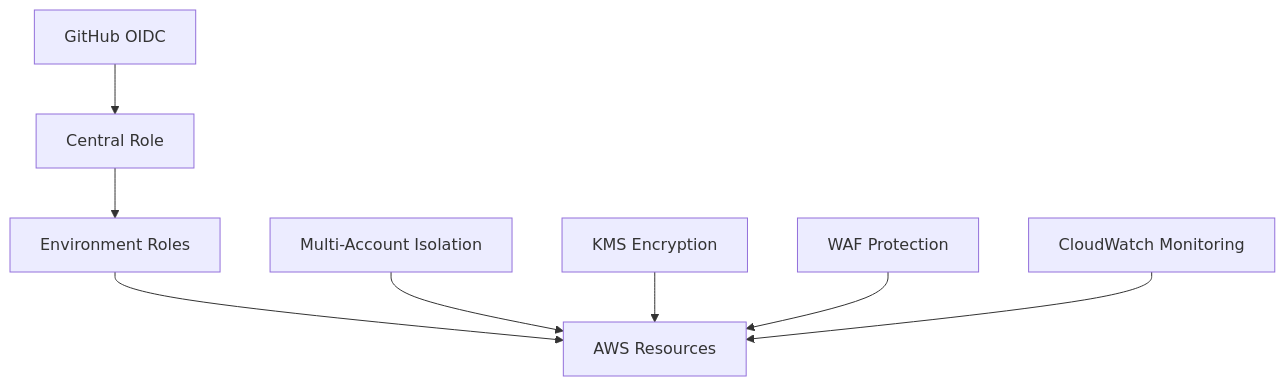
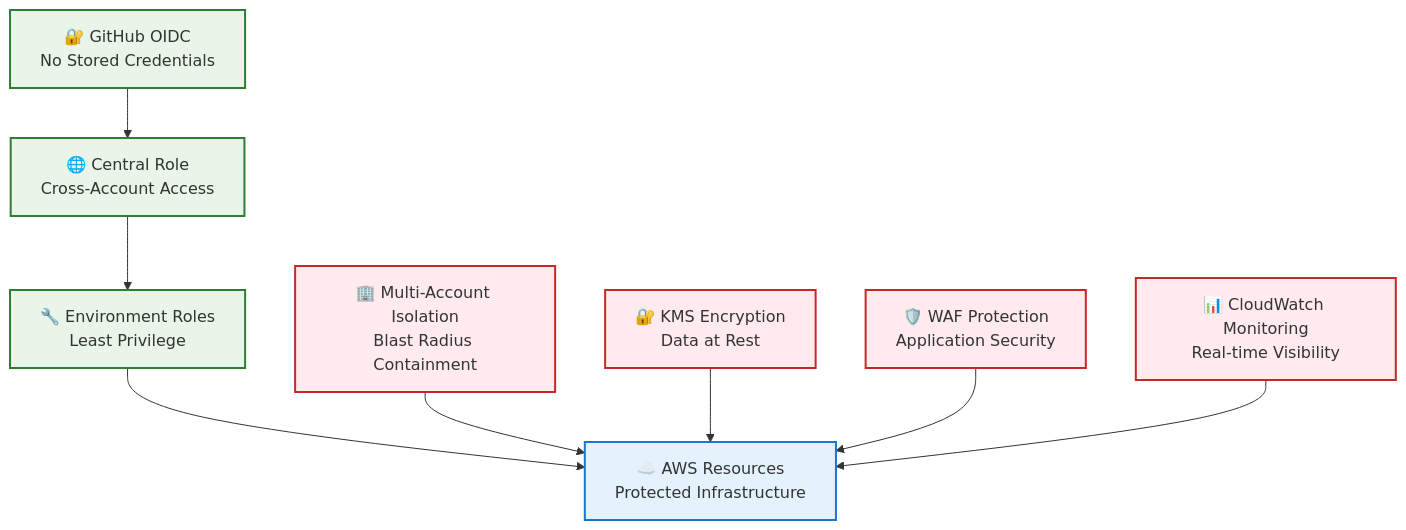
One commit to Celtikill/static-site changed the first of 2 diagrams in SECURITY.md. Above: the diagram before and after it, drawn with Mermaid. The commit also changed other lines of this file and 4 other files, not shown here.

````diff
--- a/SECURITY.md
+++ b/SECURITY.md
@@ -49,11 +49,19 @@
 ```mermaid
 graph TD
-    A[GitHub OIDC] --> B[Central Role]
-    B --> C[Environment Roles]
-    C --> D[AWS Resources]
+    A["🔐 GitHub OIDC<br/>No Stored Credentials"] --> B["🌐 Central Role<br/>Cross-Account Access"]
+    B --> C["🔧 Environment Roles<br/>Least Privilege"]
+    C --> D["☁️ AWS Resources<br/>Protected Infrastructure"]
 
-    E[Multi-Account Isolation] --> D
-    F[KMS Encryption] --> D
-    G[WAF Protection] --> D
-    H[CloudWatch Monitoring] --> D
+    E["🏢 Multi-Account Isolation<br/>Blast Radius Containment"] --> D
+    F["🔐 KMS Encryption<br/>Data at Rest"] --> D
+    G["🛡️ WAF Protection<br/>Application Security"] --> D
+    H["📊 CloudWatch Monitoring<br/>Real-time Visibility"] --> D
+
+    classDef authStyle fill:#e8f5e8,stroke:#2e7d32,stroke-width:2px
+    classDef securityStyle fill:#ffebee,stroke:#c62828,stroke-width:2px
+    classDef resourceStyle fill:#e3f2fd,stroke:#1976d2,stroke-width:2px
+
+    class A,B,C authStyle
+    class E,F,G,H securityStyle
+    class D resourceStyle
 ```
````
